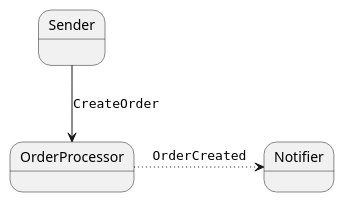
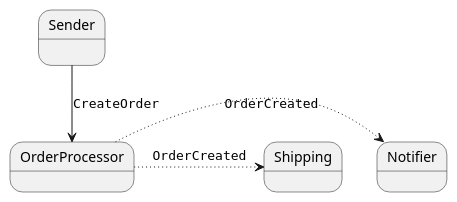
One commit to rioka/NsbBridgePlayground changed the first of 2 diagrams in README.md. Above: the diagram before and after it, drawn with PlantUML. The commit also changed other lines of this file, not shown here.

````diff
--- a/README.md
+++ b/README.md
@@ -16,9 +17,10 @@
 ```puml
 @startuml
 
 Sender:
 
 Sender --> OrderProcessor : ""CreateOrder""  
 
 OrderProcessor -[dotted]> Notifier : ""OrderCreated""
+OrderProcessor -[dotted]> Shipping : ""OrderCreated""
 ```
````
